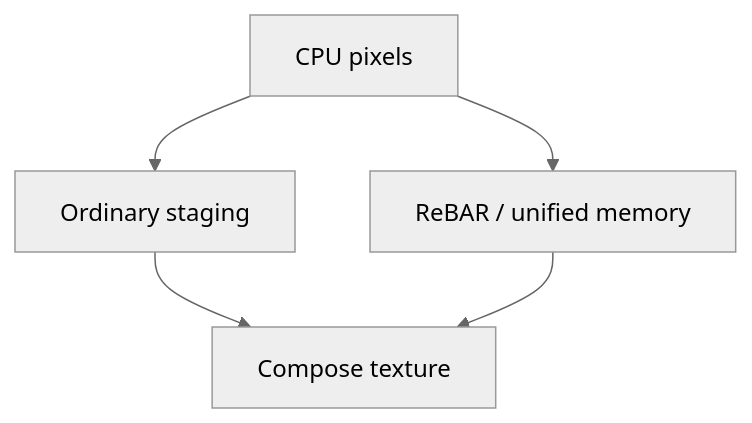
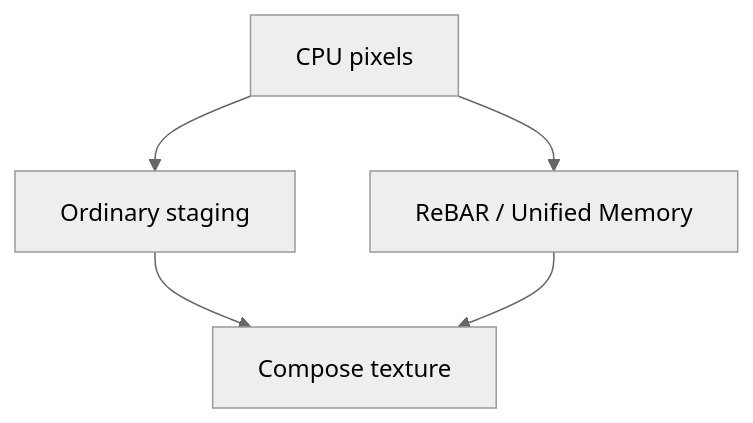
The fifth of 5 diagrams in docs/src/content/docs/en/introduction/architecture.md (MikanseiLaboratory/eiviz), drawn with Mermaid (neutral theme) before and after one commit. The commit also changed other lines of this file and 40 other files, not shown here.

````diff
--- a/docs/src/content/docs/en/introduction/architecture.md
+++ b/docs/src/content/docs/en/introduction/architecture.md
@@ -109,9 +117,9 @@
 ```mermaid
 flowchart TB
   cpu["CPU pixels"]
   staging["Ordinary staging"]
-  fast["ReBAR / unified memory"]
+  fast["ReBAR / Unified Memory"]
   gpu["Compose texture"]
   cpu --> staging --> gpu
   cpu --> fast --> gpu
 ```
````
